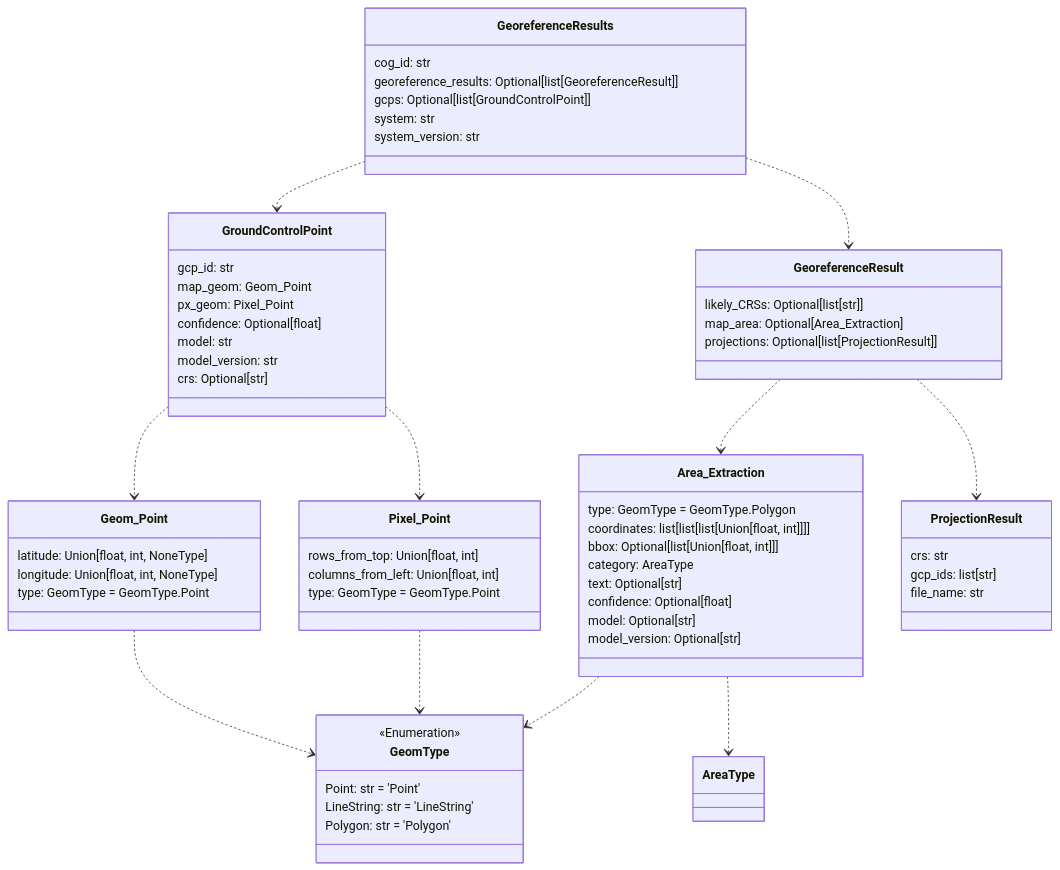
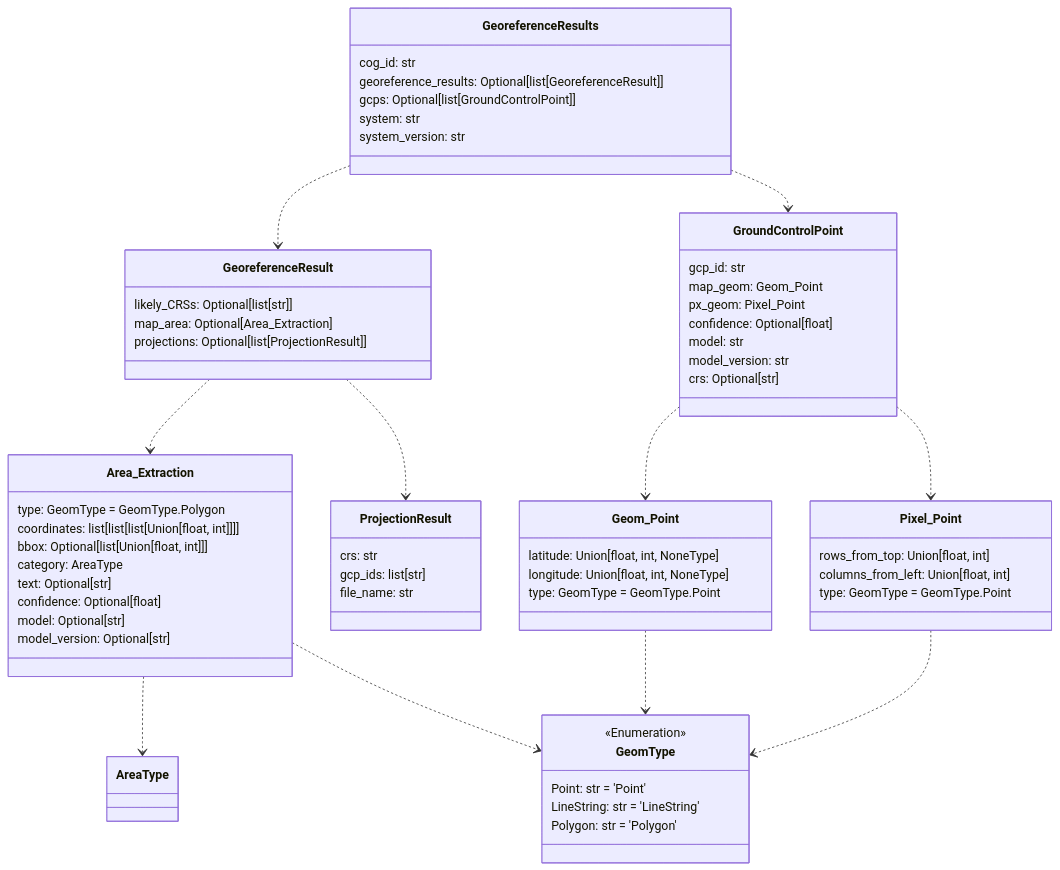
Before and after one commit to DARPA-CRITICALMAAS/cdr_schemas: the second of 12 diagrams in README.md, drawn with Mermaid. The commit also changed other lines of this file and 2 other files, not shown here.

````diff
--- a/README.md
+++ b/README.md
@@ -113,76 +113,76 @@
 ```mermaid
 classDiagram
 
-    class Geom_Point {
-        latitude: Union[float, int, NoneType]
-        longitude: Union[float, int, NoneType]
-        type: GeomType = GeomType.Point
+    class GeomType {
+        <<Enumeration>>
+        Point: str = 'Point'
+        LineString: str = 'LineString'
+        Polygon: str = 'Polygon'
     }
 
     class GroundControlPoint {
         gcp_id: str
         map_geom: Geom_Point
         px_geom: Pixel_Point
         confidence: Optional[float]
         model: str
         model_version: str
         crs: Optional[str]
-    }
-
-    class Area_Extraction {
-        type: GeomType = GeomType.Polygon
-        coordinates: list[list[list[Union[float, int]]]]
-        bbox: Optional[list[Union[float, int]]]
-        category: AreaType
-        text: Optional[str]
-        confidence: Optional[float]
-        model: Optional[str]
-        model_version: Optional[str]
     }
 
     class Pixel_Point {
         rows_from_top: Union[float, int]
         columns_from_left: Union[float, int]
         type: GeomType = GeomType.Point
     }
 
     class ProjectionResult {
         crs: str
         gcp_ids: list[str]
         file_name: str
     }
 
     class GeoreferenceResult {
         likely_CRSs: Optional[list[str]]
         map_area: Optional[Area_Extraction]
         projections: Optional[list[ProjectionResult]]
     }
 
+    class Geom_Point {
+        latitude: Union[float, int, NoneType]
+        longitude: Union[float, int, NoneType]
+        type: GeomType = GeomType.Point
+    }
+
     class GeoreferenceResults {
         cog_id: str
         georeference_results: Optional[list[GeoreferenceResult]]
         gcps: Optional[list[GroundControlPoint]]
         system: str
         system_version: str
     }
 
-    class GeomType {
-        <<Enumeration>>
-        Point: str = 'Point'
-        LineString: str = 'LineString'
-        Polygon: str = 'Polygon'
+    class Area_Extraction {
+        type: GeomType = GeomType.Polygon
+        coordinates: list[list[list[Union[float, int]]]]
+        bbox: Optional[list[Union[float, int]]]
+        category: AreaType
+        text: Optional[str]
+        confidence: Optional[float]
+        model: Optional[str]
+        model_version: Optional[str]
     }
 
+    Area_Extraction ..> AreaType
     Area_Extraction ..> GeomType
-    Area_Extraction ..> AreaType
     Geom_Point ..> GeomType
     Pixel_Point ..> GeomType
     GroundControlPoint ..> Geom_Point
     GroundControlPoint ..> Pixel_Point
     GeoreferenceResult ..> Area_Extraction
     GeoreferenceResult ..> ProjectionResult
+    GeoreferenceResults ..> GeoreferenceResult
     GeoreferenceResults ..> GroundControlPoint
-    GeoreferenceResults ..> GeoreferenceResult
 
 
 ```
````
